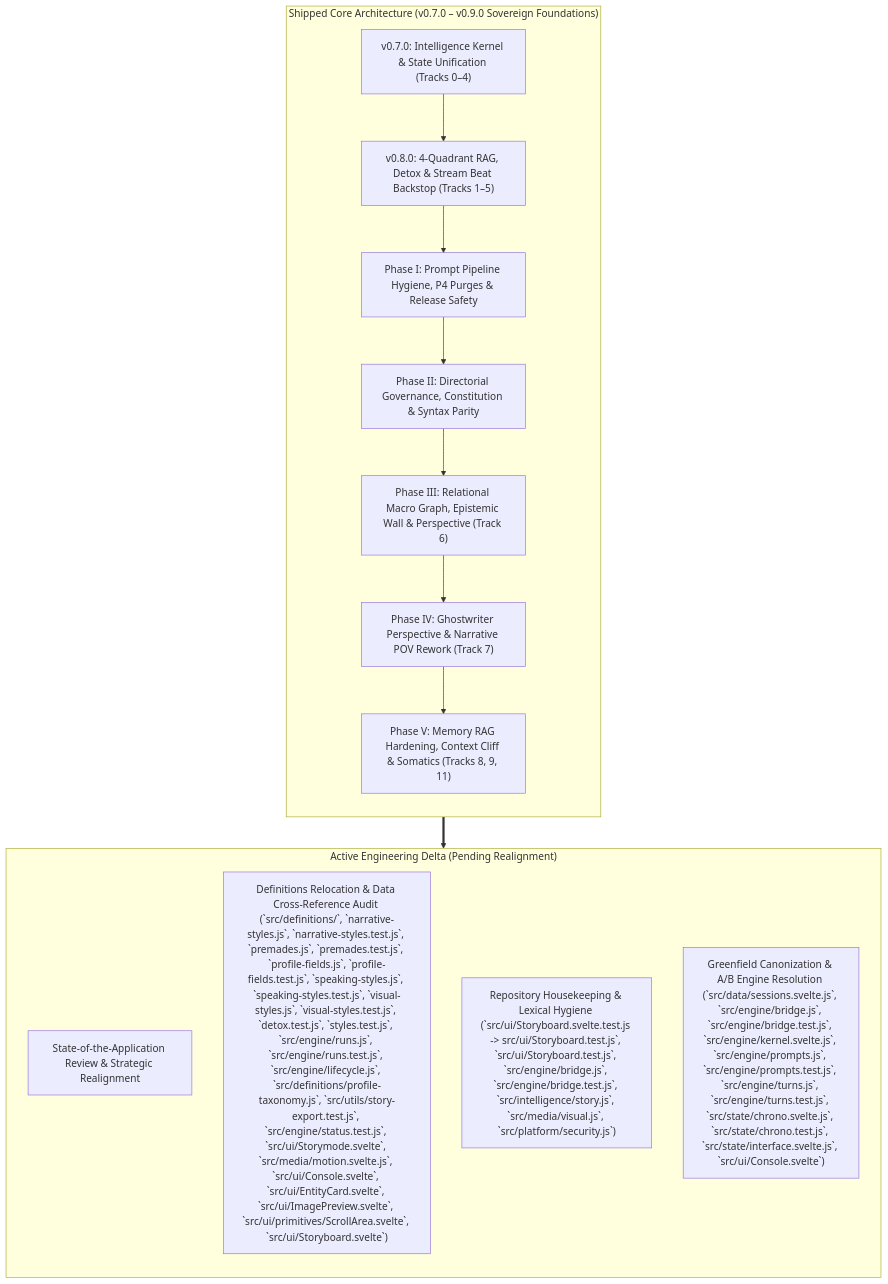
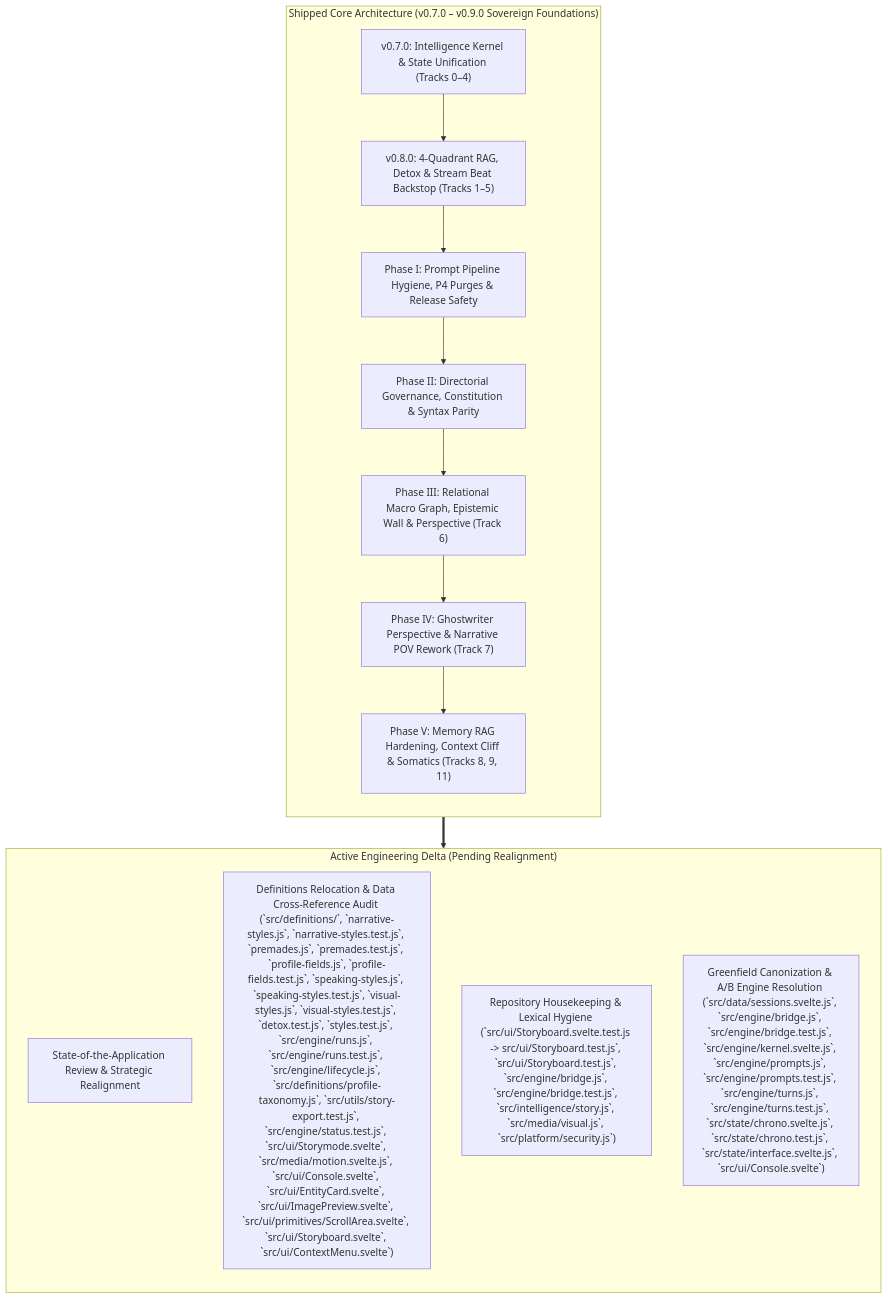
Before and after one commit to JooduG/RPGlitch: the diagram in ROADMAP.md, drawn with Mermaid. The commit also changed 12 other files, not shown here.

````diff
--- a/ROADMAP.md
+++ b/ROADMAP.md
@@ -23,24 +23,24 @@
 ```mermaid
 flowchart TD
     subgraph ShippedCore ["Shipped Core Architecture (v0.7.0 – v0.9.0 Sovereign Foundations)"]
         direction TB
         S1["v0.7.0: Intelligence Kernel & State Unification (Tracks 0–4)"]
         S2["v0.8.0: 4-Quadrant RAG, Detox & Stream Beat Backstop (Tracks 1–5)"]
         S3["Phase I: Prompt Pipeline Hygiene, P4 Purges & Release Safety"]
         S4["Phase II: Directorial Governance, Constitution & Syntax Parity"]
         S5["Phase III: Relational Macro Graph, Epistemic Wall & Perspective (Track 6)"]
         S6["Phase IV: Ghostwriter Perspective & Narrative POV Rework (Track 7)"]
         S7["Phase V: Memory RAG Hardening, Context Cliff & Somatics (Tracks 8, 9, 11)"]
         S1 --> S2 --> S3 --> S4 --> S5 --> S6 --> S7
     end
 
     subgraph ActiveBacklog ["Active Engineering Delta (Pending Realignment)"]
         direction TB
         R1["State-of-the-Application Review & Strategic Realignment"]
-        R2["Definitions Relocation & Data Cross-Reference Audit (`src/definitions/`, `narrative-styles.js`, `narrative-styles.test.js`, `premades.js`, `premades.test.js`, `profile-fields.js`, `profile-fields.test.js`, `speaking-styles.js`, `speaking-styles.test.js`, `visual-styles.js`, `visual-styles.test.js`, `detox.test.js`, `styles.test.js`, `src/engine/runs.js`, `src/engine/runs.test.js`, `src/engine/lifecycle.js`, `src/definitions/profile-taxonomy.js`, `src/utils/story-export.test.js`, `src/engine/status.test.js`, `src/ui/Storymode.svelte`, `src/media/motion.svelte.js`, `src/ui/Console.svelte`, `src/ui/EntityCard.svelte`, `src/ui/ImagePreview.svelte`, `src/ui/primitives/ScrollArea.svelte`, `src/ui/Storyboard.svelte`)"]
+        R2["Definitions Relocation & Data Cross-Reference Audit (`src/definitions/`, `narrative-styles.js`, `narrative-styles.test.js`, `premades.js`, `premades.test.js`, `profile-fields.js`, `profile-fields.test.js`, `speaking-styles.js`, `speaking-styles.test.js`, `visual-styles.js`, `visual-styles.test.js`, `detox.test.js`, `styles.test.js`, `src/engine/runs.js`, `src/engine/runs.test.js`, `src/engine/lifecycle.js`, `src/definitions/profile-taxonomy.js`, `src/utils/story-export.test.js`, `src/engine/status.test.js`, `src/ui/Storymode.svelte`, `src/media/motion.svelte.js`, `src/ui/Console.svelte`, `src/ui/EntityCard.svelte`, `src/ui/ImagePreview.svelte`, `src/ui/primitives/ScrollArea.svelte`, `src/ui/Storyboard.svelte`, `src/ui/ContextMenu.svelte`)"]
         R3["Repository Housekeeping & Lexical Hygiene (`src/ui/Storyboard.svelte.test.js -> src/ui/Storyboard.test.js`, `src/ui/Storyboard.test.js`, `src/engine/bridge.js`, `src/engine/bridge.test.js`, `src/intelligence/story.js`, `src/media/visual.js`, `src/platform/security.js`)"]
         R4["Greenfield Canonization & A/B Engine Resolution (`src/data/sessions.svelte.js`, `src/engine/bridge.js`, `src/engine/bridge.test.js`, `src/engine/kernel.svelte.js`, `src/engine/prompts.js`, `src/engine/prompts.test.js`, `src/engine/turns.js`, `src/engine/turns.test.js`, `src/state/chrono.svelte.js`, `src/state/chrono.test.js`, `src/state/interface.svelte.js`, `src/ui/Console.svelte`)"]
     end
 
     ShippedCore ==> ActiveBacklog
 ```
````
